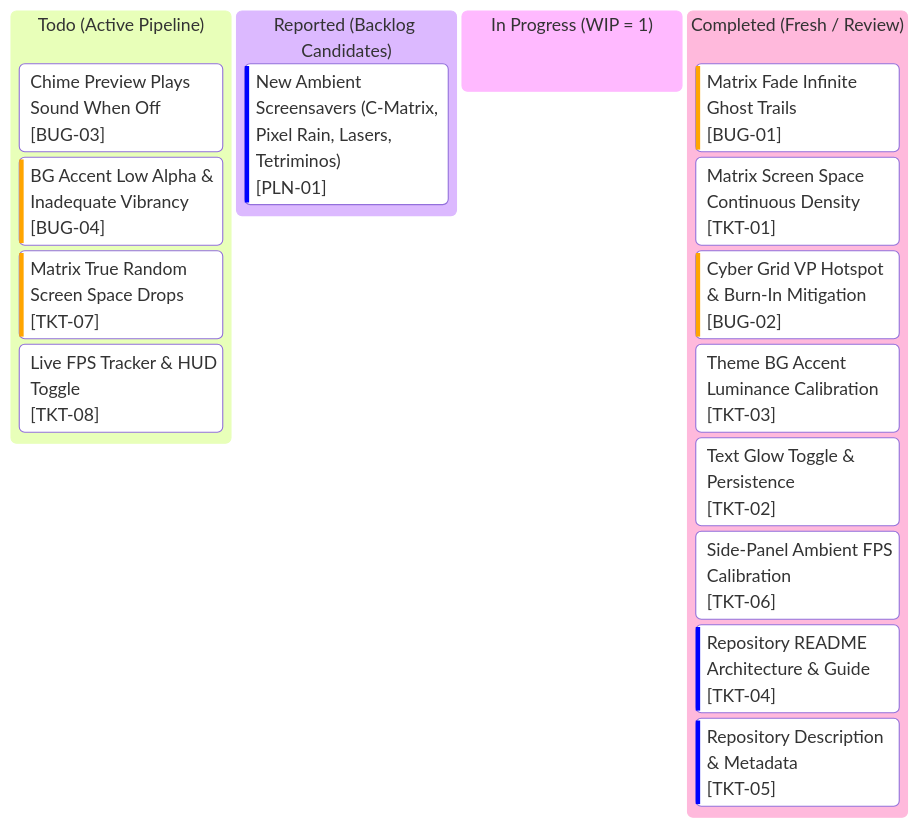
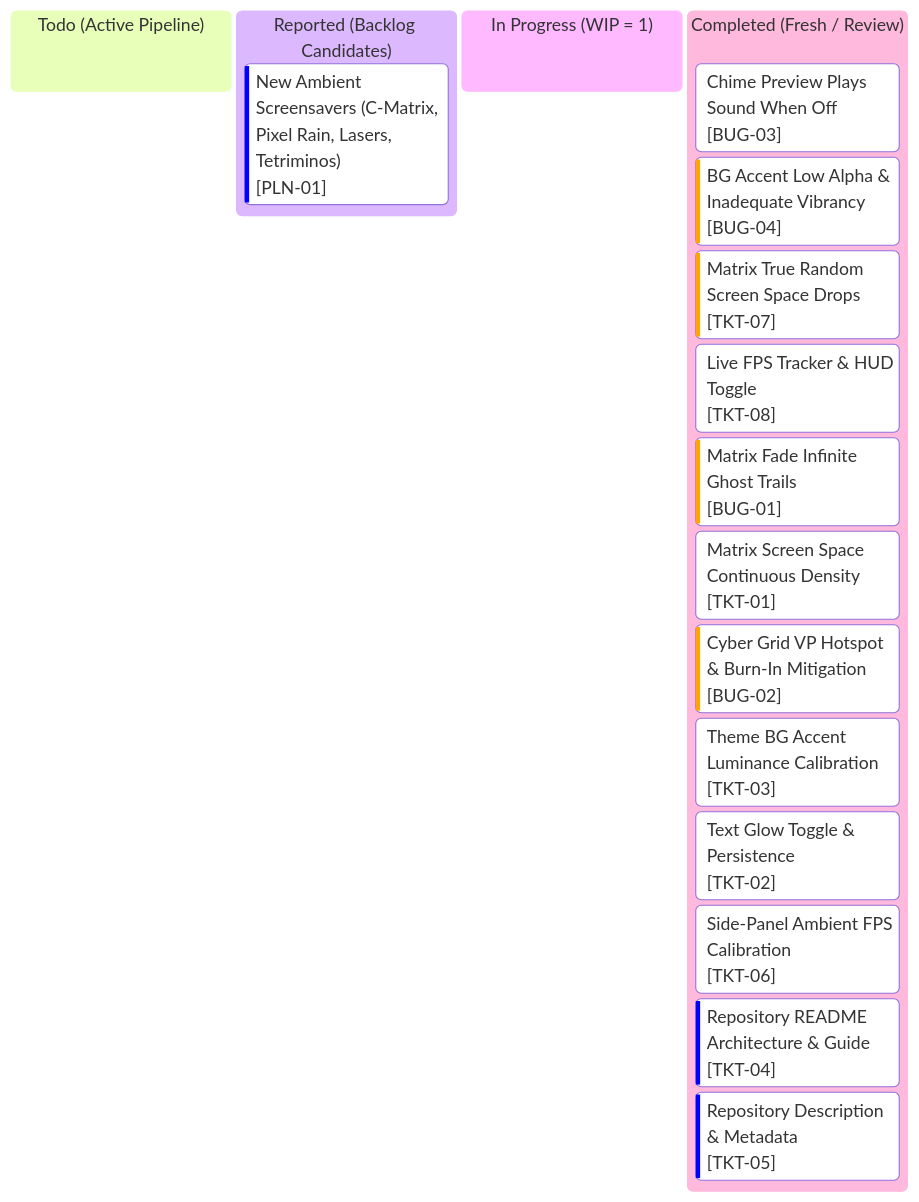
The diagram in kanban.md (AlitheiaDeus/Clockity), drawn with Mermaid before and after one commit. The commit also changed other lines of this file and 1 other file, not shown here.

Commit message:
feat(sprint-2): implement authentic terminal C-Matrix, high-saturation bg accents, safe chime preview, and live fps HUD monitor

````diff
--- a/kanban.md
+++ b/kanban.md
@@ -3,20 +3,20 @@
 ```mermaid
 kanban
   todo["Todo (Active Pipeline)"]
+  reported["Reported (Backlog Candidates)"]
+    pln01["New Ambient Screensavers (C-Matrix, Pixel Rain, Lasers, Tetriminos)"]@{ ticket: '[PLN-01]', priority: 'Low' }
+  in_progress["In Progress (WIP = 1)"]
+  completed["Completed (Fresh / Review)"]
     bug03["Chime Preview Plays Sound When Off"]@{ ticket: '[BUG-03]', priority: 'Medium' }
     bug04["BG Accent Low Alpha & Inadequate Vibrancy"]@{ ticket: '[BUG-04]', priority: 'High' }
     tkt07["Matrix True Random Screen Space Drops"]@{ ticket: '[TKT-07]', priority: 'High' }
     tkt08["Live FPS Tracker & HUD Toggle"]@{ ticket: '[TKT-08]', priority: 'Medium' }
-  reported["Reported (Backlog Candidates)"]
-    pln01["New Ambient Screensavers (C-Matrix, Pixel Rain, Lasers, Tetriminos)"]@{ ticket: '[PLN-01]', priority: 'Low' }
-  in_progress["In Progress (WIP = 1)"]
-  completed["Completed (Fresh / Review)"]
     bug01["Matrix Fade Infinite Ghost Trails"]@{ ticket: '[BUG-01]', priority: 'High' }
     tkt01["Matrix Screen Space Continuous Density"]@{ ticket: '[TKT-01]', priority: 'Medium' }
     bug02["Cyber Grid VP Hotspot & Burn-In Mitigation"]@{ ticket: '[BUG-02]', priority: 'High' }
     tkt03["Theme BG Accent Luminance Calibration"]@{ ticket: '[TKT-03]', priority: 'Medium' }
     tkt02["Text Glow Toggle & Persistence"]@{ ticket: '[TKT-02]', priority: 'Medium' }
     tkt06["Side-Panel Ambient FPS Calibration"]@{ ticket: '[TKT-06]', priority: 'Medium' }
     tkt04["Repository README Architecture & Guide"]@{ ticket: '[TKT-04]', priority: 'Low' }
     tkt05["Repository Description & Metadata"]@{ ticket: '[TKT-05]', priority: 'Low' }
 ```
````
